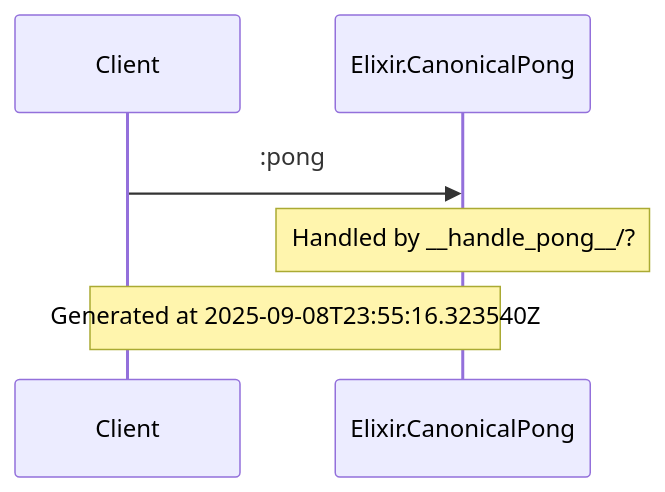
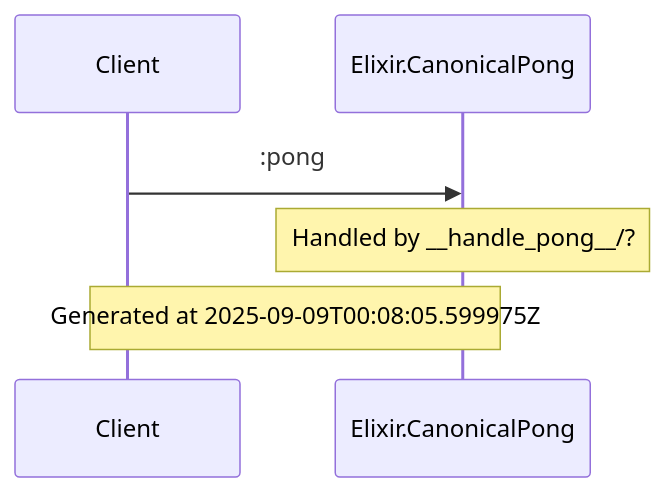
The diagram in docs/diagrams/Elixir.CanonicalPong.md (anoma/engine), drawn with Mermaid before and after one commit. The commit also changed other lines of this file and 5 other files, not shown here.

````diff
--- a/docs/diagrams/Elixir.CanonicalPong.md
+++ b/docs/diagrams/Elixir.CanonicalPong.md
@@ -5,10 +5,10 @@
 ```mermaid
 sequenceDiagram
     participant Client
     participant Elixir.Examples.CanonicalPongEngine as Elixir.CanonicalPong
     Client->>Elixir.Examples.CanonicalPongEngine: :pong
     Note over Elixir.Examples.CanonicalPongEngine: Handled by __handle_pong__/?
 
-Note over Client, Elixir.Examples.CanonicalPongEngine: Generated at 2025-09-08T23:55:16.323540Z
+Note over Client, Elixir.Examples.CanonicalPongEngine: Generated at 2025-09-09T00:08:05.599975Z
 
 ```
````
